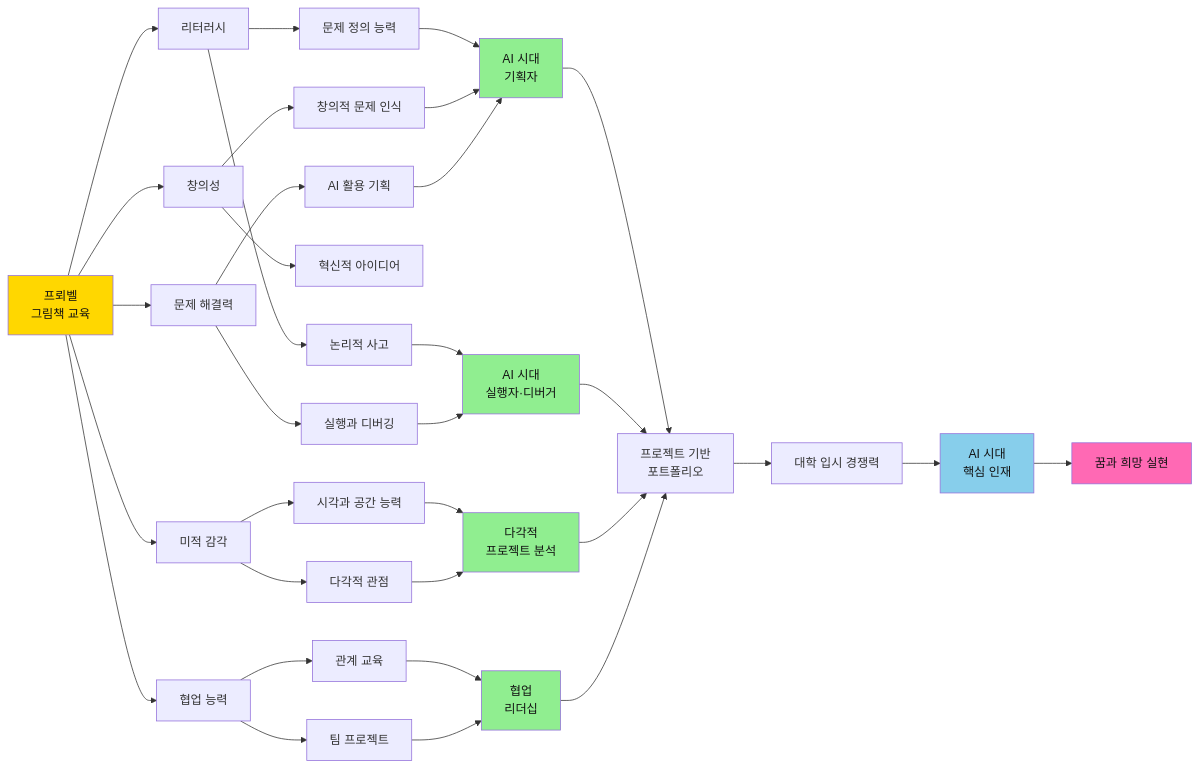
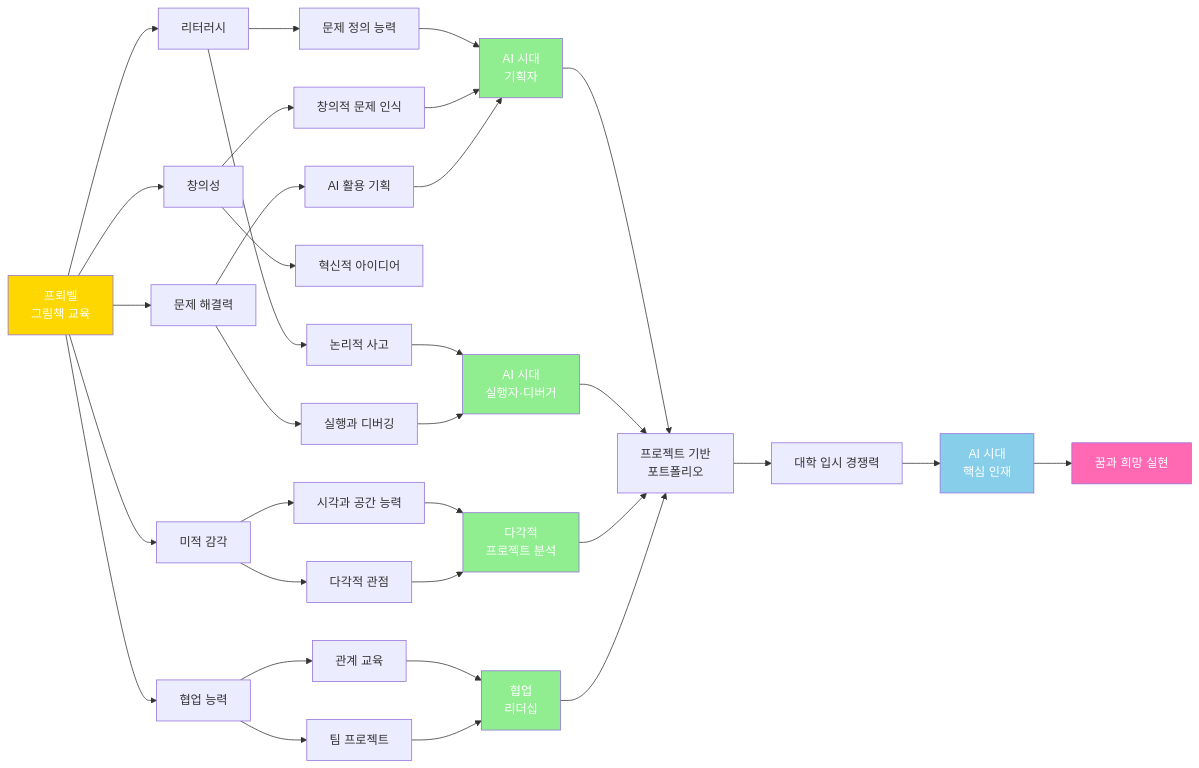
One commit to Collegenie-X/froebel changed diagram 17 of 22 in 2단계_유아초등교육커리큘럼.md. Above: the diagram before and after it, drawn with Mermaid. The commit also changed other lines of this file and 4 other files, not shown here.

````diff
--- a/2단계_유아초등교육커리큘럼.md
+++ b/2단계_유아초등교육커리큘럼.md
@@ -620,53 +620,53 @@
 ```mermaid
 graph LR
     A[프뢰벨<br/>그림책 교육] --> B[리터러시]
     A --> C[창의성]
     A --> D[미적 감각]
     A --> E[문제 해결력]
     A --> F[협업 능력]
     
     B --> G[문제 정의 능력]
     B --> H[논리적 사고]
     
     C --> I[창의적 문제 인식]
     C --> J[혁신적 아이디어]
     
     D --> K[시각과 공간 능력]
     D --> L[다각적 관점]
     
     E --> M[AI 활용 기획]
     E --> N[실행과 디버깅]
     
     F --> O[관계 교육]
     F --> P[팀 프로젝트]
     
     G --> Q[AI 시대<br/>기획자]
     I --> Q
     M --> Q
     
     H --> R[AI 시대<br/>실행자·디버거]
     N --> R
     
     K --> S[다각적<br/>프로젝트 분석]
     L --> S
     
     O --> T[협업<br/>리더십]
     P --> T
     
     Q --> U[프로젝트 기반<br/>포트폴리오]
     R --> U
     S --> U
     T --> U
     
     U --> V[대학 입시 경쟁력]
     V --> W[AI 시대<br/>핵심 인재]
     W --> X[꿈과 희망 실현]
     
-    style A fill:#FFD700,color:#111
-    style Q fill:#90EE90,color:#111
-    style R fill:#90EE90,color:#111
-    style S fill:#90EE90,color:#111
-    style T fill:#90EE90,color:#111
-    style W fill:#87CEEB,color:#111
-    style X fill:#FF69B4,color:#111
+    style A fill:#FFD700,color:#fff
+    style Q fill:#90EE90,color:#fff
+    style R fill:#90EE90,color:#fff
+    style S fill:#90EE90,color:#fff
+    style T fill:#90EE90,color:#fff
+    style W fill:#87CEEB,color:#fff
+    style X fill:#FF69B4,color:#fff
 ```
````
